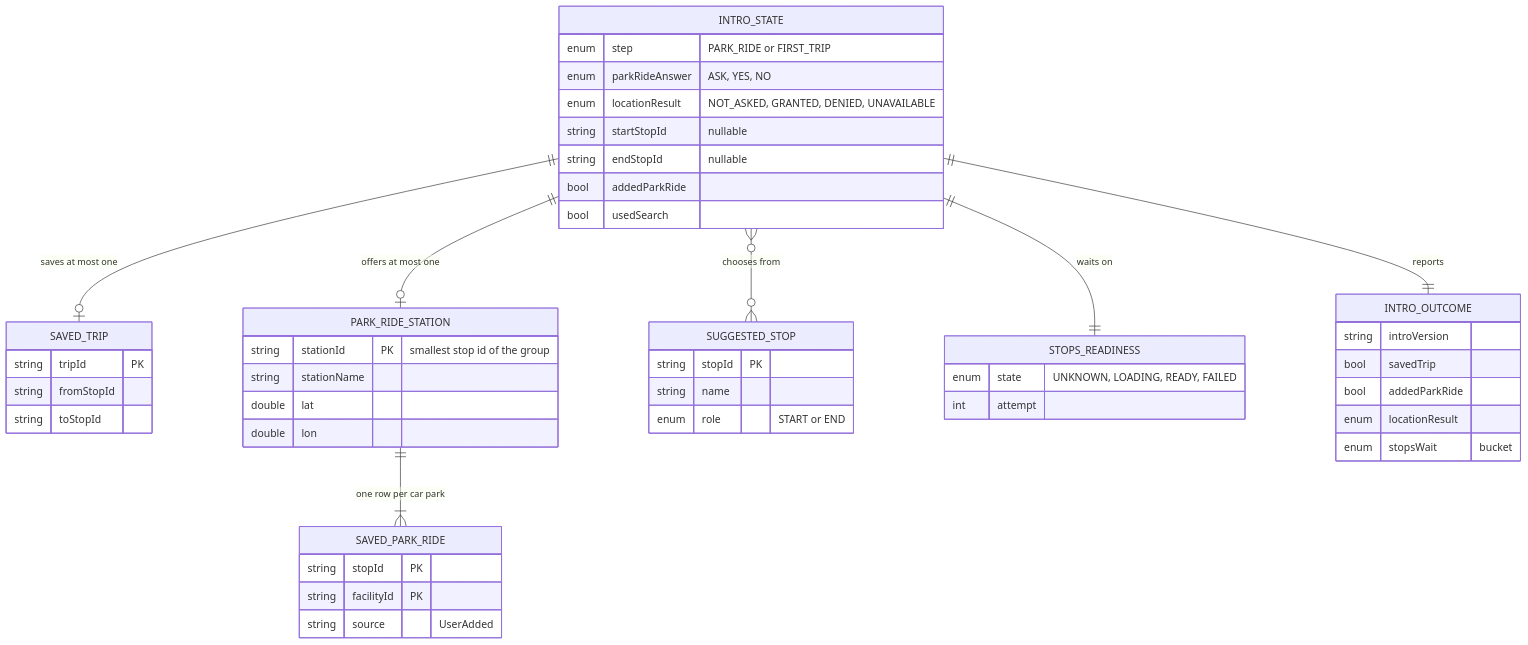
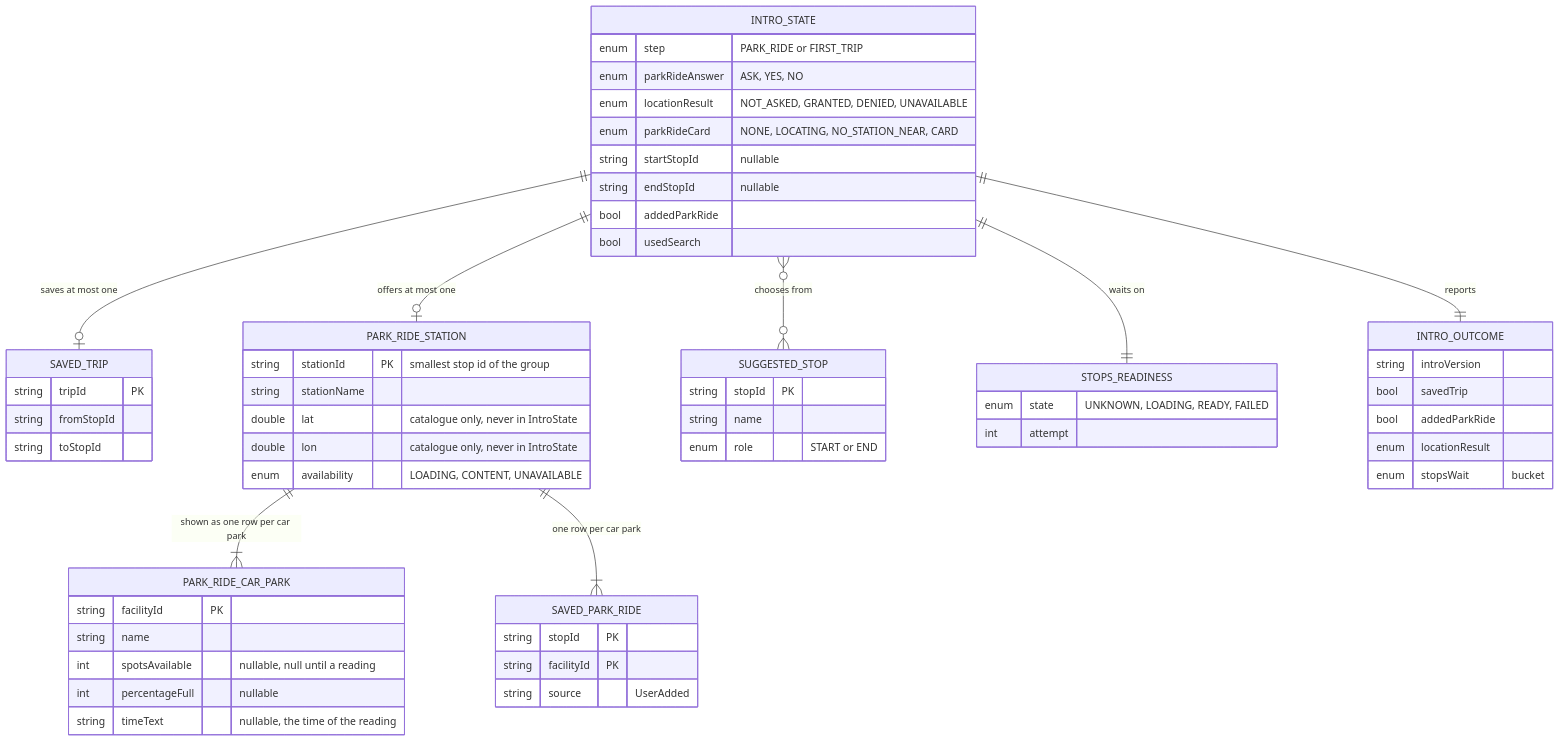
One commit to ksharma-xyz/KRAIL changed the first of 2 diagrams in docs/features/intro/ERD.md. Above: the diagram before and after it, drawn with Mermaid. The commit also changed other lines of this file and 4 other files, not shown here.

First line of the commit message:
feat(intro): add the Park & Ride card phases to the Intro state

````diff
--- a/docs/features/intro/ERD.md
+++ b/docs/features/intro/ERD.md
@@ -34,50 +34,60 @@
 ```mermaid
 erDiagram
     INTRO_STATE ||--o| SAVED_TRIP : "saves at most one"
     INTRO_STATE ||--o| PARK_RIDE_STATION : "offers at most one"
+    PARK_RIDE_STATION ||--|{ PARK_RIDE_CAR_PARK : "shown as one row per car park"
     PARK_RIDE_STATION ||--|{ SAVED_PARK_RIDE : "one row per car park"
     INTRO_STATE }o--o{ SUGGESTED_STOP : "chooses from"
     INTRO_STATE ||--|| STOPS_READINESS : "waits on"
     INTRO_STATE ||--|| INTRO_OUTCOME : "reports"
     INTRO_STATE {
         enum step "PARK_RIDE or FIRST_TRIP"
         enum parkRideAnswer "ASK, YES, NO"
         enum locationResult "NOT_ASKED, GRANTED, DENIED, UNAVAILABLE"
+        enum parkRideCard "NONE, LOCATING, NO_STATION_NEAR, CARD"
         string startStopId "nullable"
         string endStopId "nullable"
         bool addedParkRide
         bool usedSearch
     }
     SUGGESTED_STOP {
         string stopId PK
         string name
         enum role "START or END"
     }
     PARK_RIDE_STATION {
         string stationId PK "smallest stop id of the group"
         string stationName
-        double lat
-        double lon
+        double lat "catalogue only, never in IntroState"
+        double lon "catalogue only, never in IntroState"
+        enum availability "LOADING, CONTENT, UNAVAILABLE"
+    }
+    PARK_RIDE_CAR_PARK {
+        string facilityId PK
+        string name
+        int spotsAvailable "nullable, null until a reading"
+        int percentageFull "nullable"
+        string timeText "nullable, the time of the reading"
     }
     SAVED_PARK_RIDE {
         string stopId PK
         string facilityId PK
         string source "UserAdded"
     }
     SAVED_TRIP {
         string tripId PK
         string fromStopId
         string toStopId
     }
     STOPS_READINESS {
         enum state "UNKNOWN, LOADING, READY, FAILED"
         int attempt
     }
     INTRO_OUTCOME {
         string introVersion
         bool savedTrip
         bool addedParkRide
         enum locationResult
         enum stopsWait "bucket"
     }
 ```
````
